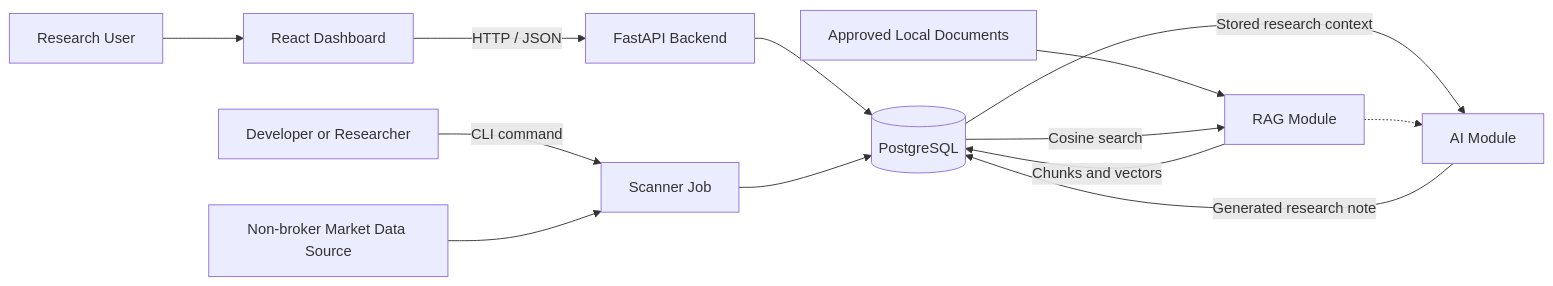
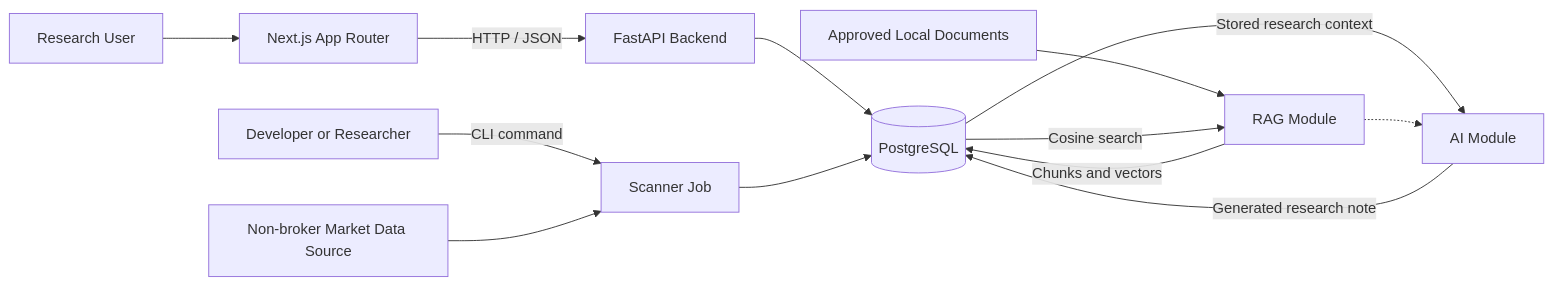
Before and after one commit to MinGGGoD/ai-quant-research-platform: the first of 2 diagrams in docs/02_system_design.md, drawn with Mermaid. The commit also changed other lines of this file and 53 other files, not shown here.

````diff
--- a/docs/02_system_design.md
+++ b/docs/02_system_design.md
@@ -19,17 +20,17 @@
 ```mermaid
 flowchart LR
-    User["Research User"] --> Frontend["React Dashboard"]
+    User["Research User"] --> Frontend["Next.js App Router"]
     Frontend -->|"HTTP / JSON"| Backend["FastAPI Backend"]
     Backend --> Database[("PostgreSQL")]
 
     Operator["Developer or Researcher"] -->|"CLI command"| Scanner["Scanner Job"]
     Source["Non-broker Market Data Source"] --> Scanner
     Scanner --> Database
 
     Database -->|"Stored research context"| AI["AI Module"]
     AI -->|"Generated research note"| Database
     Documents["Approved Local Documents"] --> RAG["RAG Module"]
     RAG -->|"Chunks and vectors"| Database
     Database -->|"Cosine search"| RAG
     RAG -.-> AI
 ```
````
